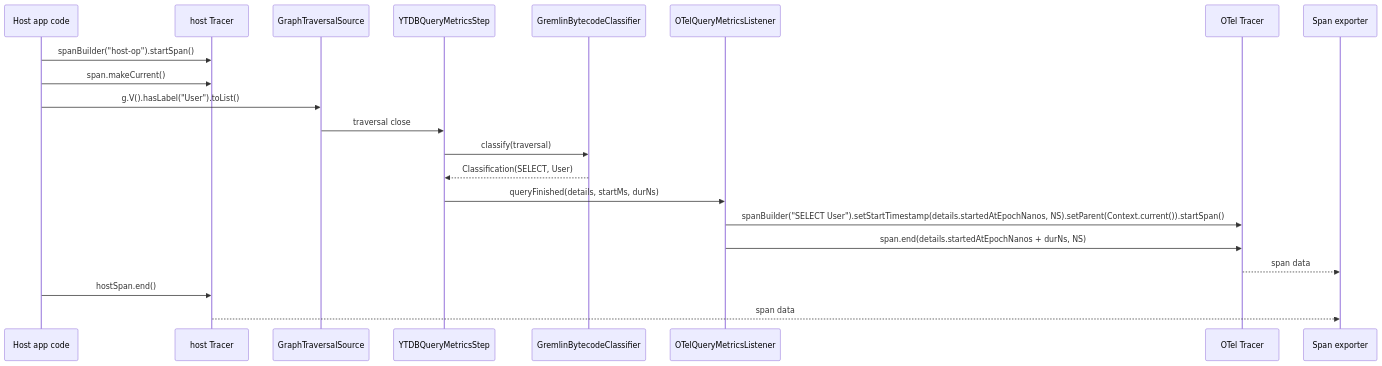
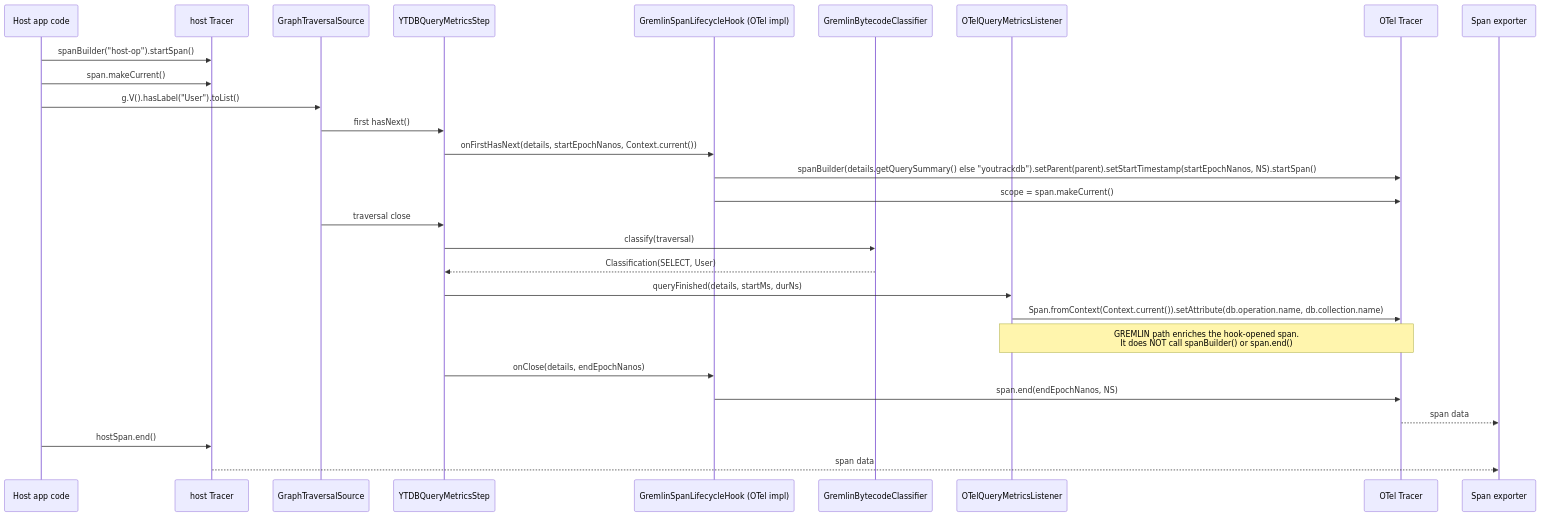
One commit to JetBrains/youtrackdb changed the second of 4 diagrams in docs/adr/ytdb-496-opentelemetry-support/_workflow/design.md. Above: the diagram before and after it, drawn with Mermaid. The commit also changed other lines of this file and 2 other files, not shown here.

Commit message:
Sync OTel design diagrams with prose

````diff
--- a/docs/adr/ytdb-496-opentelemetry-support/_workflow/design.md
+++ b/docs/adr/ytdb-496-opentelemetry-support/_workflow/design.md
@@ -314,24 +317,31 @@
 ```mermaid
 sequenceDiagram
     participant Host as Host app code
     participant TS as host Tracer
     participant G as GraphTraversalSource
     participant Step as YTDBQueryMetricsStep
+    participant HOOK as GremlinSpanLifecycleHook (OTel impl)
     participant CLS as GremlinBytecodeClassifier
     participant OQL as OTelQueryMetricsListener
     participant TR as OTel Tracer
     participant EXP as Span exporter
 
     Host->>TS: spanBuilder("host-op").startSpan()
     Host->>TS: span.makeCurrent()
     Host->>G: g.V().hasLabel("User").toList()
+    G->>Step: first hasNext()
+    Step->>HOOK: onFirstHasNext(details, startEpochNanos, Context.current())
+    HOOK->>TR: spanBuilder(details.getQuerySummary() else "youtrackdb").setParent(parent).setStartTimestamp(startEpochNanos, NS).startSpan()
+    HOOK->>TR: scope = span.makeCurrent()
     G->>Step: traversal close
     Step->>CLS: classify(traversal)
     CLS-->>Step: Classification(SELECT, User)
     Step->>OQL: queryFinished(details, startMs, durNs)
-    OQL->>TR: spanBuilder("SELECT User").setStartTimestamp(details.startedAtEpochNanos, NS).setParent(Context.current()).startSpan()
-    OQL->>TR: span.end(details.startedAtEpochNanos + durNs, NS)
+    OQL->>TR: Span.fromContext(Context.current()).setAttribute(db.operation.name, db.collection.name)
+    Note over OQL,TR: GREMLIN path enriches the hook-opened span.<br/>It does NOT call spanBuilder() or span.end()
+    Step->>HOOK: onClose(details, endEpochNanos)
+    HOOK->>TR: span.end(endEpochNanos, NS)
     TR-->>EXP: span data
     Host->>TS: hostSpan.end()
     TS-->>EXP: span data
 ```
````
